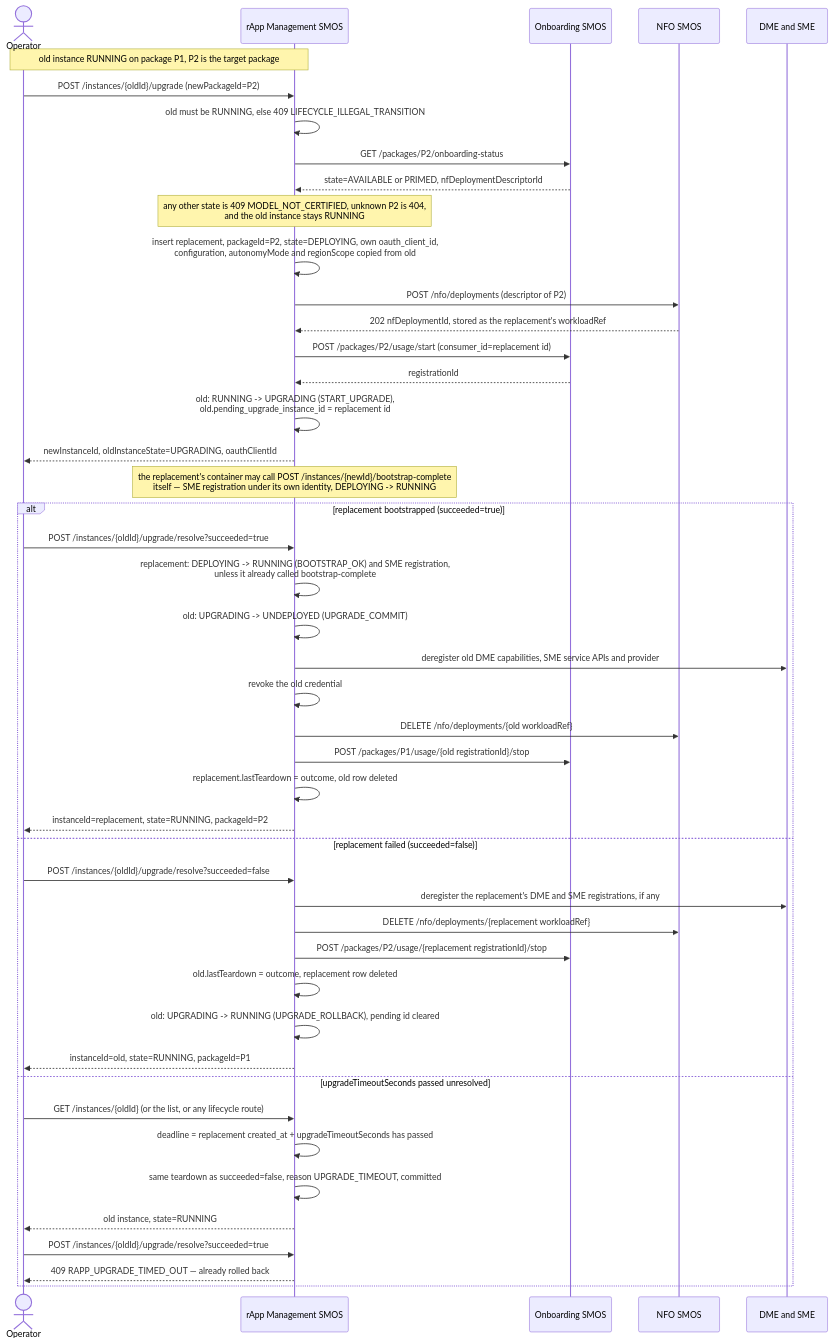
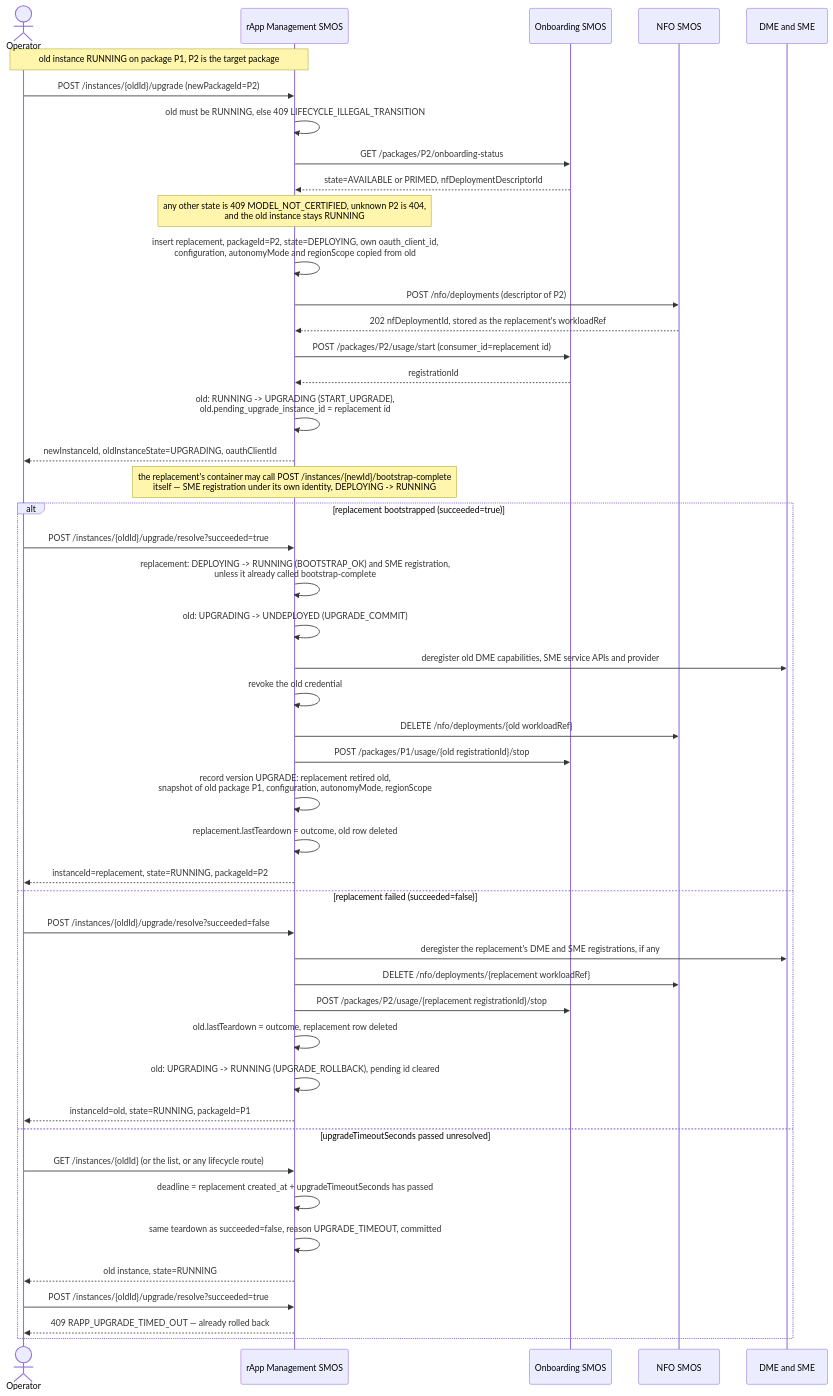
The second of 4 diagrams in smo/docs/call-flows/07-rapp-instance-lifecycle.md (rsys-bshankar/ai-ran-ref), drawn with Mermaid before and after one commit. The commit also changed other lines of this file and 25 other files, not shown here.

````diff
--- a/smo/docs/call-flows/07-rapp-instance-lifecycle.md
+++ b/smo/docs/call-flows/07-rapp-instance-lifecycle.md
@@ -96,51 +96,52 @@
 ```mermaid
 sequenceDiagram
     actor Operator
     participant Rapp as rApp Management SMOS
     participant Onb as Onboarding SMOS
     participant NFO as NFO SMOS
     participant Reg as DME and SME
 
     Note over Operator,Rapp: old instance RUNNING on package P1, P2 is the target package
     Operator->>Rapp: POST /instances/{oldId}/upgrade (newPackageId=P2)
     Rapp->>Rapp: old must be RUNNING, else 409 LIFECYCLE_ILLEGAL_TRANSITION
     Rapp->>Onb: GET /packages/P2/onboarding-status
     Onb-->>Rapp: state=AVAILABLE or PRIMED, nfDeploymentDescriptorId
     Note over Rapp: any other state is 409 MODEL_NOT_CERTIFIED, unknown P2 is 404,<br/>and the old instance stays RUNNING
     Rapp->>Rapp: insert replacement, packageId=P2, state=DEPLOYING, own oauth_client_id,<br/>configuration, autonomyMode and regionScope copied from old
     Rapp->>NFO: POST /nfo/deployments (descriptor of P2)
     NFO-->>Rapp: 202 nfDeploymentId, stored as the replacement's workloadRef
     Rapp->>Onb: POST /packages/P2/usage/start (consumer_id=replacement id)
     Onb-->>Rapp: registrationId
     Rapp->>Rapp: old: RUNNING -> UPGRADING (START_UPGRADE),<br/>old.pending_upgrade_instance_id = replacement id
     Rapp-->>Operator: newInstanceId, oldInstanceState=UPGRADING, oauthClientId
 
     Note over Rapp: the replacement's container may call POST /instances/{newId}/bootstrap-complete<br/>itself — SME registration under its own identity, DEPLOYING -> RUNNING
 
     alt replacement bootstrapped (succeeded=true)
         Operator->>Rapp: POST /instances/{oldId}/upgrade/resolve?succeeded=true
         Rapp->>Rapp: replacement: DEPLOYING -> RUNNING (BOOTSTRAP_OK) and SME registration,<br/>unless it already called bootstrap-complete
         Rapp->>Rapp: old: UPGRADING -> UNDEPLOYED (UPGRADE_COMMIT)
         Rapp->>Reg: deregister old DME capabilities, SME service APIs and provider
         Rapp->>Rapp: revoke the old credential
         Rapp->>NFO: DELETE /nfo/deployments/{old workloadRef}
         Rapp->>Onb: POST /packages/P1/usage/{old registrationId}/stop
+        Rapp->>Rapp: record version UPGRADE: replacement retired old,<br/>snapshot of old package P1, configuration, autonomyMode, regionScope
         Rapp->>Rapp: replacement.lastTeardown = outcome, old row deleted
         Rapp-->>Operator: instanceId=replacement, state=RUNNING, packageId=P2
     else replacement failed (succeeded=false)
         Operator->>Rapp: POST /instances/{oldId}/upgrade/resolve?succeeded=false
         Rapp->>Reg: deregister the replacement's DME and SME registrations, if any
         Rapp->>NFO: DELETE /nfo/deployments/{replacement workloadRef}
         Rapp->>Onb: POST /packages/P2/usage/{replacement registrationId}/stop
         Rapp->>Rapp: old.lastTeardown = outcome, replacement row deleted
         Rapp->>Rapp: old: UPGRADING -> RUNNING (UPGRADE_ROLLBACK), pending id cleared
         Rapp-->>Operator: instanceId=old, state=RUNNING, packageId=P1
     else upgradeTimeoutSeconds passed unresolved
         Operator->>Rapp: GET /instances/{oldId} (or the list, or any lifecycle route)
         Rapp->>Rapp: deadline = replacement created_at + upgradeTimeoutSeconds has passed
         Rapp->>Rapp: same teardown as succeeded=false, reason UPGRADE_TIMEOUT, committed
         Rapp-->>Operator: old instance, state=RUNNING
         Operator->>Rapp: POST /instances/{oldId}/upgrade/resolve?succeeded=true
         Rapp-->>Operator: 409 RAPP_UPGRADE_TIMED_OUT — already rolled back
     end
 ```
````
